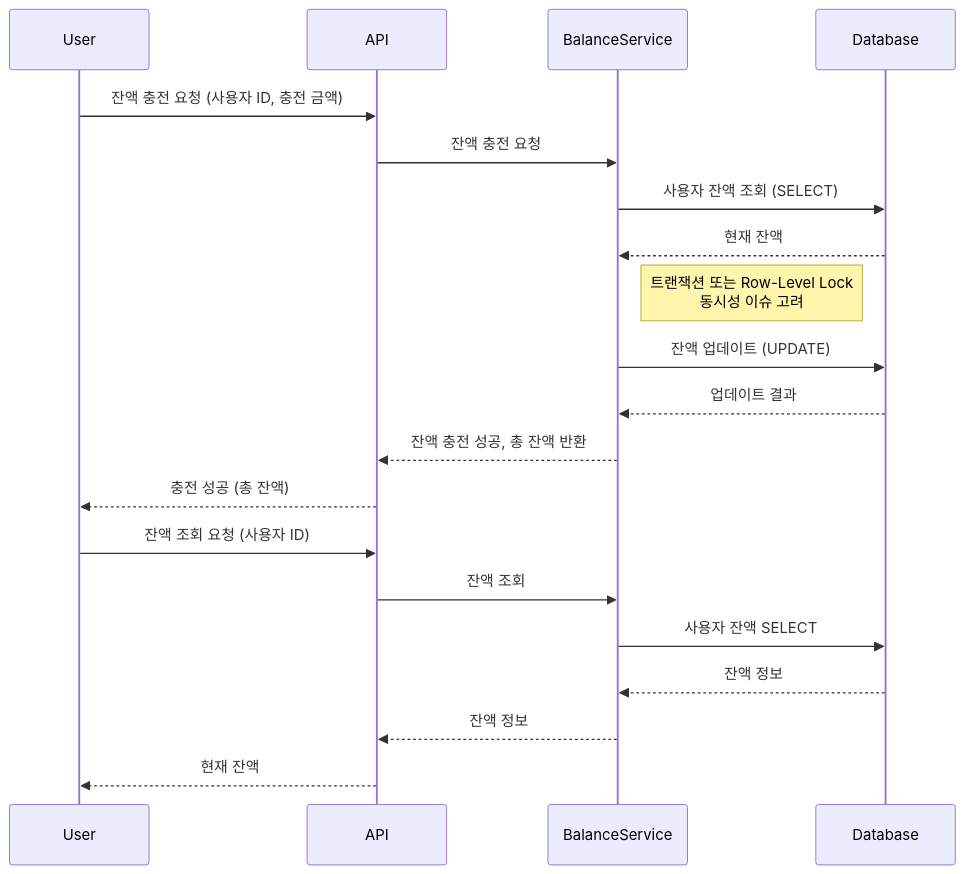
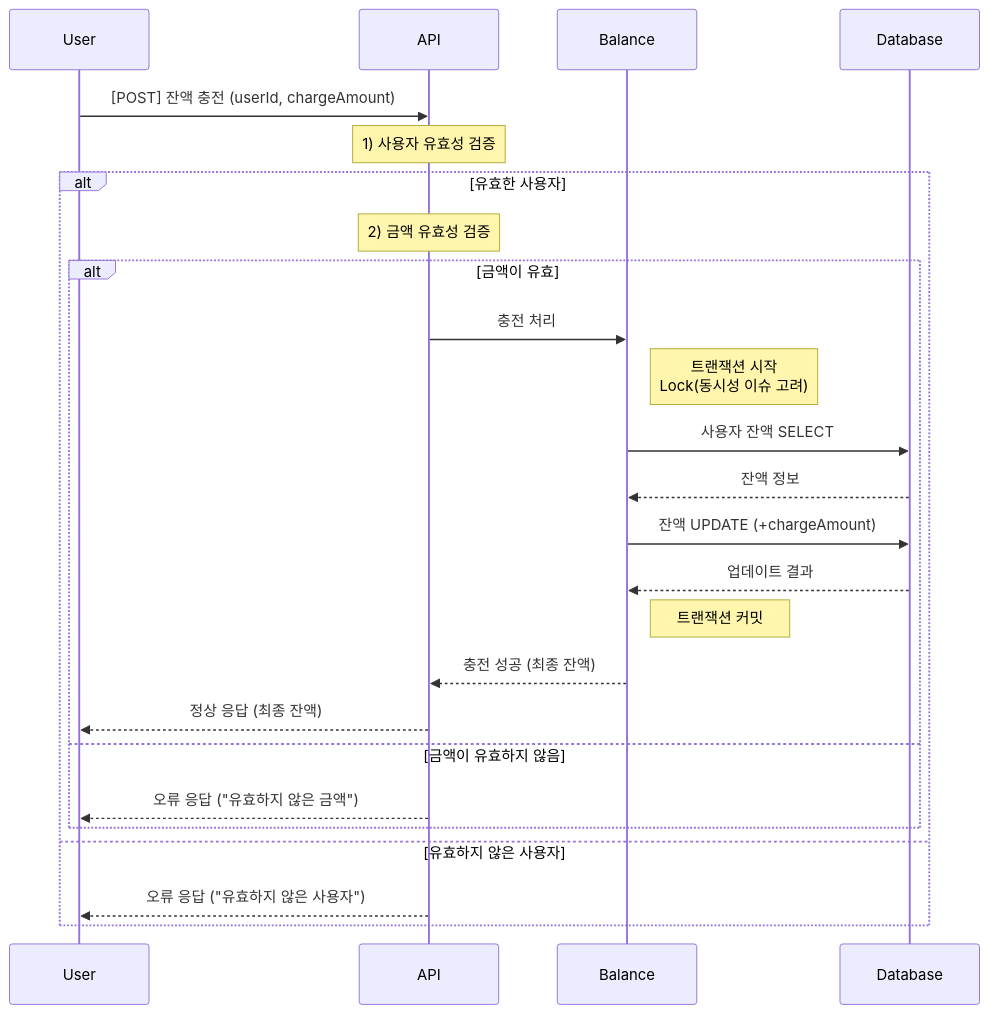
One commit to kergosdyr/hhplus-commerce-java changed the first of 8 diagrams in docs/02_sequence.md. Above: the diagram before and after it, drawn with Mermaid. The commit also changed other lines of this file, not shown here.

Commit message:
doc(sequence): edit sequence diagram to sync with flow chart

````diff
--- a/docs/02_sequence.md
+++ b/docs/02_sequence.md
@@ -6,24 +6,27 @@
 ```mermaid
 sequenceDiagram
     participant User
     participant API
-    participant BalanceService
+    participant Balance
     participant Database
-
-    User->>API: 잔액 충전 요청 (사용자 ID, 충전 금액)
-    API->>BalanceService: 잔액 충전 요청
-    BalanceService->>Database: 사용자 잔액 조회 (SELECT)
-    Database-->>BalanceService: 현재 잔액
-    note right of BalanceService: 트랜잭션 또는 Row-Level Lock<br>동시성 이슈 고려
-    BalanceService->>Database: 잔액 업데이트 (UPDATE)
-    Database-->>BalanceService: 업데이트 결과
-    BalanceService-->>API: 잔액 충전 성공, 총 잔액 반환
-    API-->>User: 충전 성공 (총 잔액)
-
-    User->>API: 잔액 조회 요청 (사용자 ID)
-    API->>BalanceService: 잔액 조회
-    BalanceService->>Database: 사용자 잔액 SELECT
-    Database-->>BalanceService: 잔액 정보
-    BalanceService-->>API: 잔액 정보
-    API-->>User: 현재 잔액
+    User ->> API: [POST] 잔액 충전 (userId, chargeAmount)
+    note over API: 1) 사용자 유효성 검증
+    alt 유효한 사용자
+        note over API: 2) 금액 유효성 검증
+        alt 금액이 유효
+            API ->> Balance: 충전 처리
+            note right of Balance: 트랜잭션 시작<br>Lock(동시성 이슈 고려)
+            Balance ->> Database: 사용자 잔액 SELECT
+            Database -->> Balance: 잔액 정보
+            Balance ->> Database: 잔액 UPDATE (+chargeAmount)
+            Database -->> Balance: 업데이트 결과
+            note right of Balance: 트랜잭션 커밋
+            Balance -->> API: 충전 성공 (최종 잔액)
+            API -->> User: 정상 응답 (최종 잔액)
+        else 금액이 유효하지 않음
+            API -->> User: 오류 응답 ("유효하지 않은 금액")
+        end
+    else 유효하지 않은 사용자
+        API -->> User: 오류 응답 ("유효하지 않은 사용자")
+    end
 ```
````
